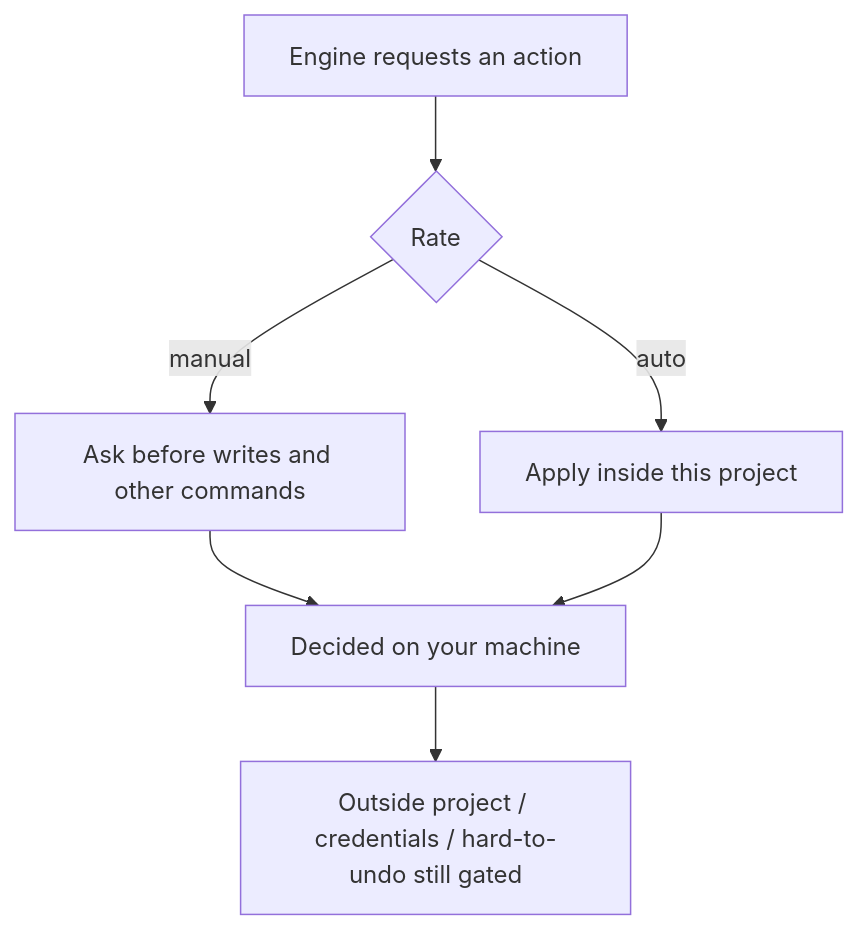
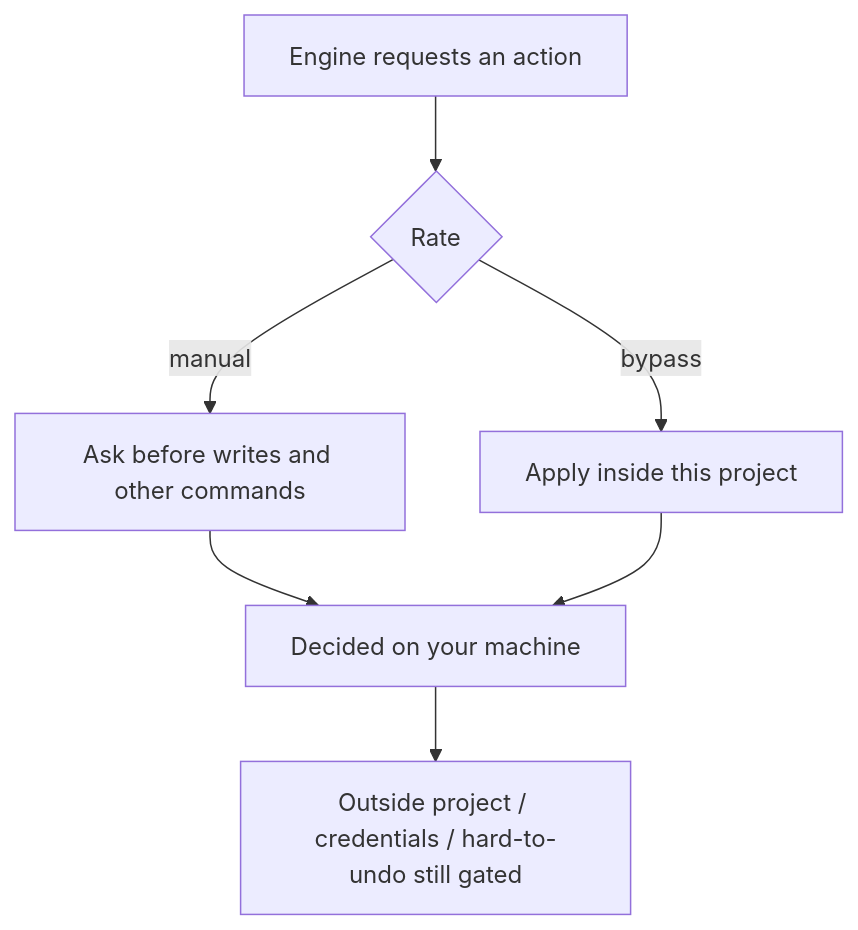
Before and after one commit to Beunec/beunec-site-staging: the second of 2 diagrams in Beunec Docs/rivine agentic engines/rivine-code_cli.md, drawn with Mermaid. The commit also changed other lines of this file, not shown here.

Commit message:
Update permission settings from 'auto' to 'bypass'

````diff
--- a/Beunec Docs/rivine agentic engines/rivine-code_cli.md
+++ b/Beunec Docs/rivine agentic engines/rivine-code_cli.md
@@ -137,9 +137,9 @@
 ```mermaid
 flowchart TD
     A[Engine requests an action] --> B{Rate}
     B -->|manual| C[Ask before writes and other commands]
-    B -->|auto| D[Apply inside this project]
+    B -->|bypass| D[Apply inside this project]
     C --> E[Decided on your machine]
     D --> E
     E --> F[Outside project / credentials / hard-to-undo still gated]
 ```
````
